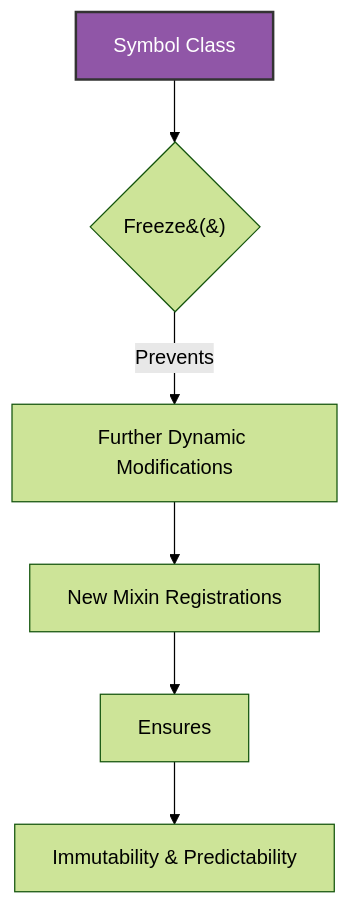
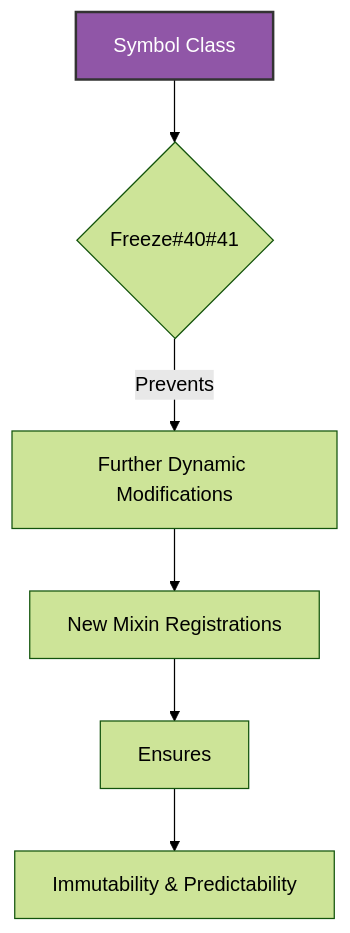
Before and after one commit to ikko/sym: the third of 5 diagrams in docs/readme_details/6_memory_aware_maturing/index.md, drawn with Mermaid (forest theme). The commit also changed other lines of this file and 38 other files, not shown here.

Commit message:
mermaids maybe fixed

````diff
--- a/docs/readme_details/6_memory_aware_maturing/index.md
+++ b/docs/readme_details/6_memory_aware_maturing/index.md
@@ -37,11 +37,11 @@
     ```mermaid
 graph TD
-        A[Symbol Class] --> B{Freeze&#40;&#41;};
+        A[Symbol Class] --> B{Freeze#40#41};
         B -- "Prevents" --> C[Further Dynamic Modifications];
         C --> D[New Mixin Registrations];
         D --> E[Ensures] --> F[Immutability & Predictability];
 
     style A fill:#9056a7,stroke:#333,stroke-width:2px,color:#FFFFFF;
 
     style A fill:#9056a7,stroke:#333,stroke-width:2px,color:#FFFFFF;
 ```
````
